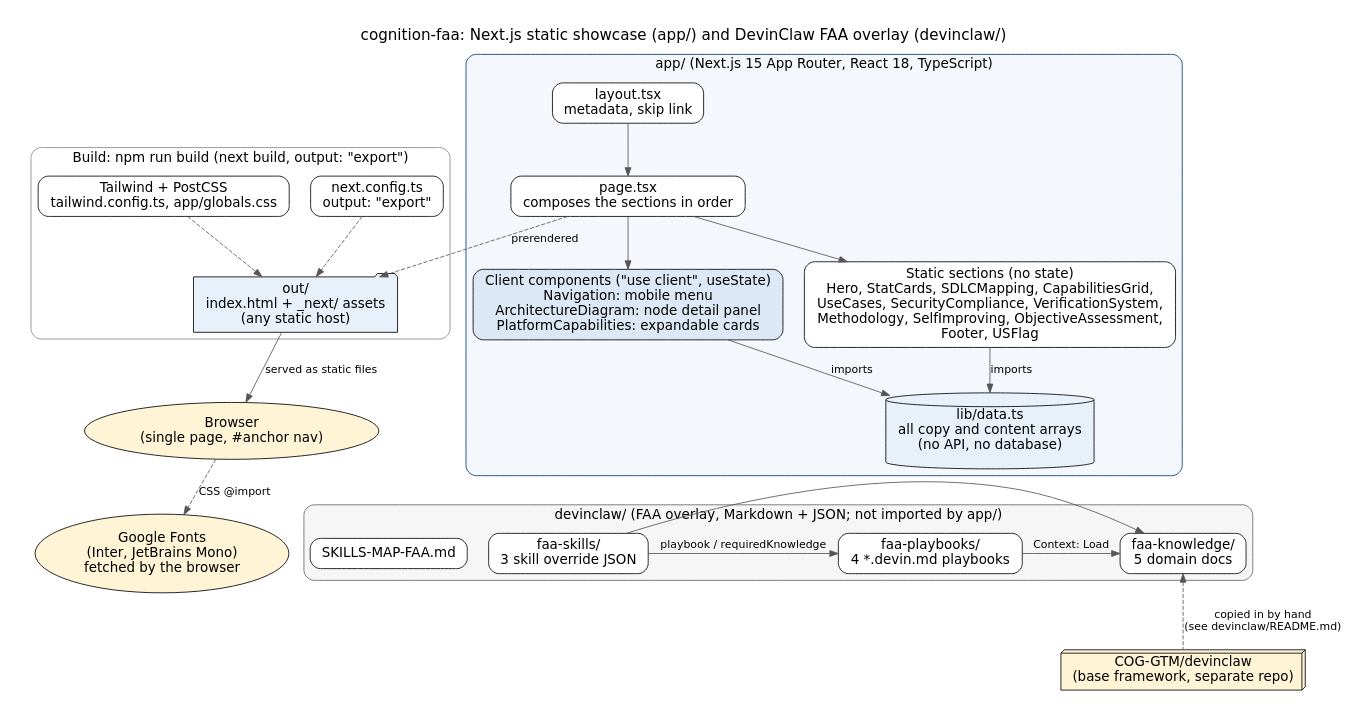
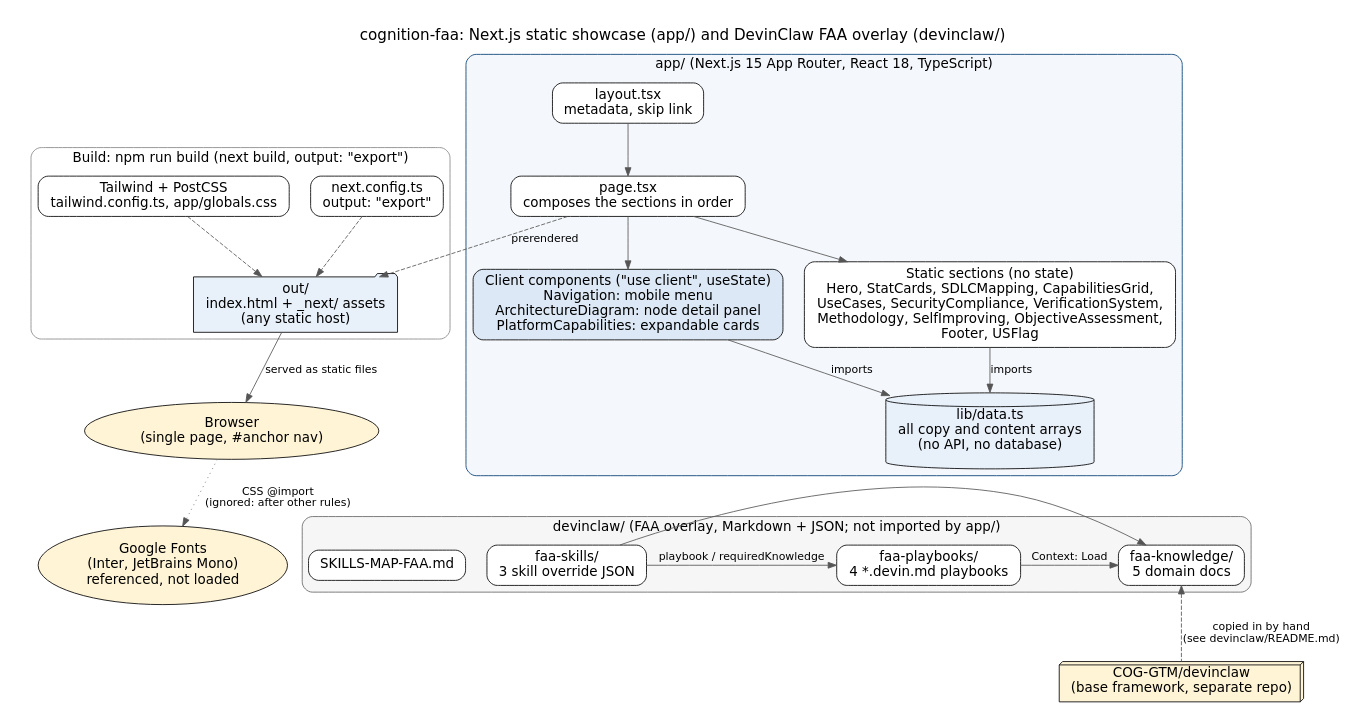
The diagram in docs/diagrams/architecture.dot (COG-GTM/cognition-faa), drawn with Graphviz before and after one commit. The commit also changed 4 other files, not shown here.

Commit message:
docs: correct Google Fonts claim; render font edge as ignored

```diff
--- a/docs/diagrams/architecture.dot
+++ b/docs/diagrams/architecture.dot
@@ -1,56 +1,56 @@
 // cognition-faa architecture. Edit this file, then run ./render.sh.
 digraph cognition_faa {
   graph [rankdir=TB, fontname="DejaVu Sans", fontsize=18, labelloc=t, nodesep=0.35, ranksep=0.55, pad=0.3,
          label="cognition-faa: Next.js static showcase (app/) and DevinClaw FAA overlay (devinclaw/)"];
   node  [shape=box, style="rounded,filled", fillcolor=white, fontname="DejaVu Sans", fontsize=16, margin="0.18,0.08"];
   edge  [fontname="DejaVu Sans", fontsize=13, color="#555555"];
 
   browser  [label="Browser\n(single page, #anchor nav)", shape=oval, fillcolor="#FFF4D6"];
-  fonts    [label="Google Fonts\n(Inter, JetBrains Mono)\nfetched by the browser", shape=oval, fillcolor="#FFF4D6"];
+  fonts    [label="Google Fonts\n(Inter, JetBrains Mono)\nreferenced, not loaded", shape=oval, fillcolor="#FFF4D6"];
 
   subgraph cluster_build {
     label="Build: npm run build (next build, output: \"export\")"; style="rounded"; color="#888888"; fontsize=16;
     nextcfg  [label="next.config.ts\noutput: \"export\""];
     css      [label="Tailwind + PostCSS\ntailwind.config.ts, app/globals.css"];
     out      [label="out/\nindex.html + _next/ assets\n(any static host)", shape=folder, fillcolor="#E8F0FA"];
     {rank=same; nextcfg; css;}
   }
 
   subgraph cluster_app {
     label="app/ (Next.js 15 App Router, React 18, TypeScript)"; style="rounded,filled"; fillcolor="#F4F7FB"; color="#003B71"; fontsize=16;
     layout   [label="layout.tsx\nmetadata, skip link"];
     page     [label="page.tsx\ncomposes the sections in order"];
     client   [label="Client components (\"use client\", useState)\nNavigation: mobile menu\nArchitectureDiagram: node detail panel\nPlatformCapabilities: expandable cards", fillcolor="#DCE8F5"];
     server   [label="Static sections (no state)\nHero, StatCards, SDLCMapping, CapabilitiesGrid,\nUseCases, SecurityCompliance, VerificationSystem,\nMethodology, SelfImproving, ObjectiveAssessment,\nFooter, USFlag"];
     data     [label="lib/data.ts\nall copy and content arrays\n(no API, no database)", shape=cylinder, fillcolor="#E8F0FA"];
     {rank=same; client; server;}
   }
 
   subgraph cluster_overlay {
     label="devinclaw/ (FAA overlay, Markdown + JSON; not imported by app/)"; style="rounded,filled"; fillcolor="#F6F6F6"; color="#666666"; fontsize=16;
     knowledge [label="faa-knowledge/\n5 domain docs"];
     playbooks [label="faa-playbooks/\n4 *.devin.md playbooks"];
     skills    [label="faa-skills/\n3 skill override JSON"];
     smap      [label="SKILLS-MAP-FAA.md"];
     {rank=same; knowledge; playbooks; skills; smap;}
   }
 
   base [label="COG-GTM/devinclaw\n(base framework, separate repo)", shape=box3d, fillcolor="#FFF4D6"];
 
   layout -> page;
   page -> client;
   page -> server;
   client -> data [label="imports"];
   server -> data [label="imports"];
   nextcfg -> out [style=dashed];
   css -> out [style=dashed];
   page -> out [style=dashed, label="prerendered"];
   out -> browser [label="served as static files"];
-  browser -> fonts [style=dashed, label="CSS @import"];
+  browser -> fonts [style=dotted, label="CSS @import\n(ignored: after other rules)"];
 
   skills -> playbooks [label="playbook / requiredKnowledge"];
   skills -> knowledge [constraint=false];
   playbooks -> knowledge [label="Context: Load"];
   knowledge -> base [style=dashed, label="copied in by hand\n(see devinclaw/README.md)", dir=back];
   data -> knowledge [style=invis];
 }
```
